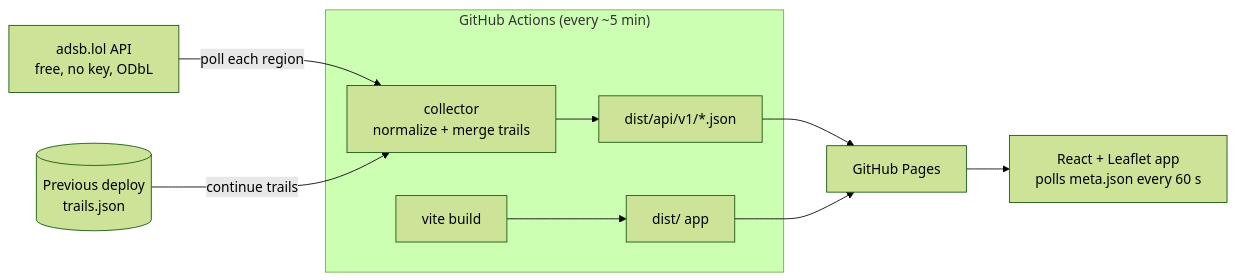
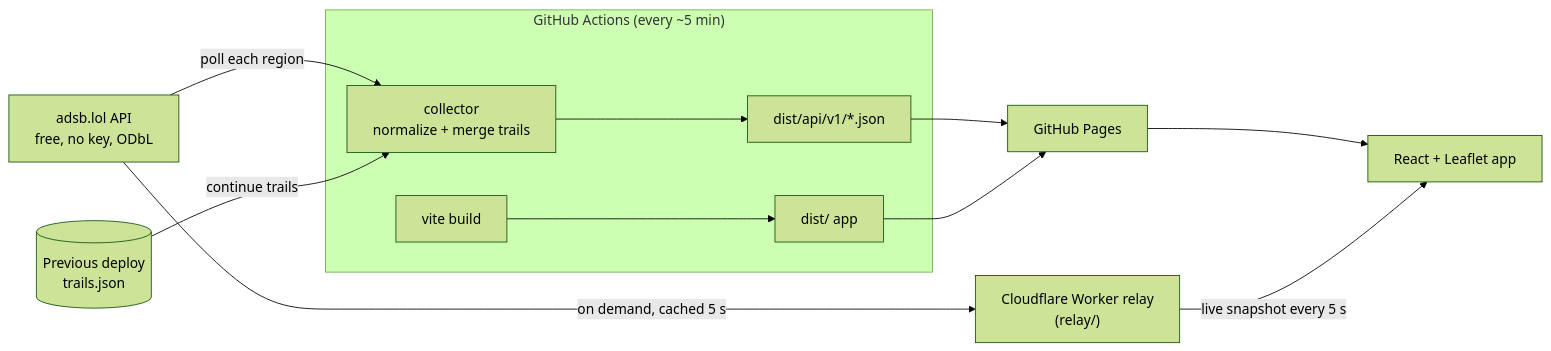
One commit to AidenLYT/entity-monitor changed the diagram in README.md. Above: the diagram before and after it, drawn with Mermaid (forest theme). The commit also changed other lines of this file and 1 other file, not shown here.

Commit message:
Document the live relay and its setup

````diff
--- a/README.md
+++ b/README.md
@@ -18,12 +20,14 @@
 ```mermaid
 flowchart LR
   A["adsb.lol API<br/>free, no key, ODbL"] -->|poll each region| C
   subgraph GH["GitHub Actions (every ~5 min)"]
     C["collector<br/>normalize + merge trails"] --> D["dist/api/v1/*.json"]
     B["vite build"] --> E["dist/ app"]
   end
   P[("Previous deploy<br/>trails.json")] -->|continue trails| C
   D --> F["GitHub Pages"]
   E --> F
-  F --> G["React + Leaflet app<br/>polls meta.json every 60 s"]
+  F --> G["React + Leaflet app"]
+  A -->|on demand, cached 5 s| R["Cloudflare Worker relay<br/>(relay/)"]
+  R -->|"live snapshot every 5 s"| G
 ```
````
